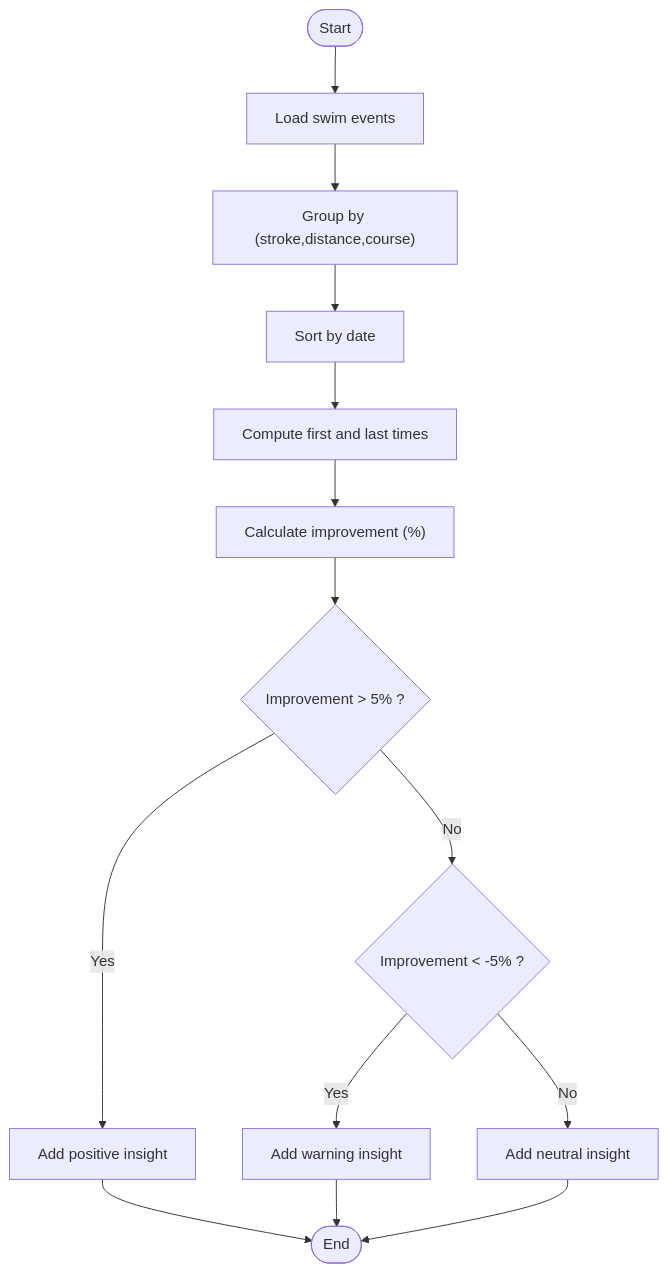
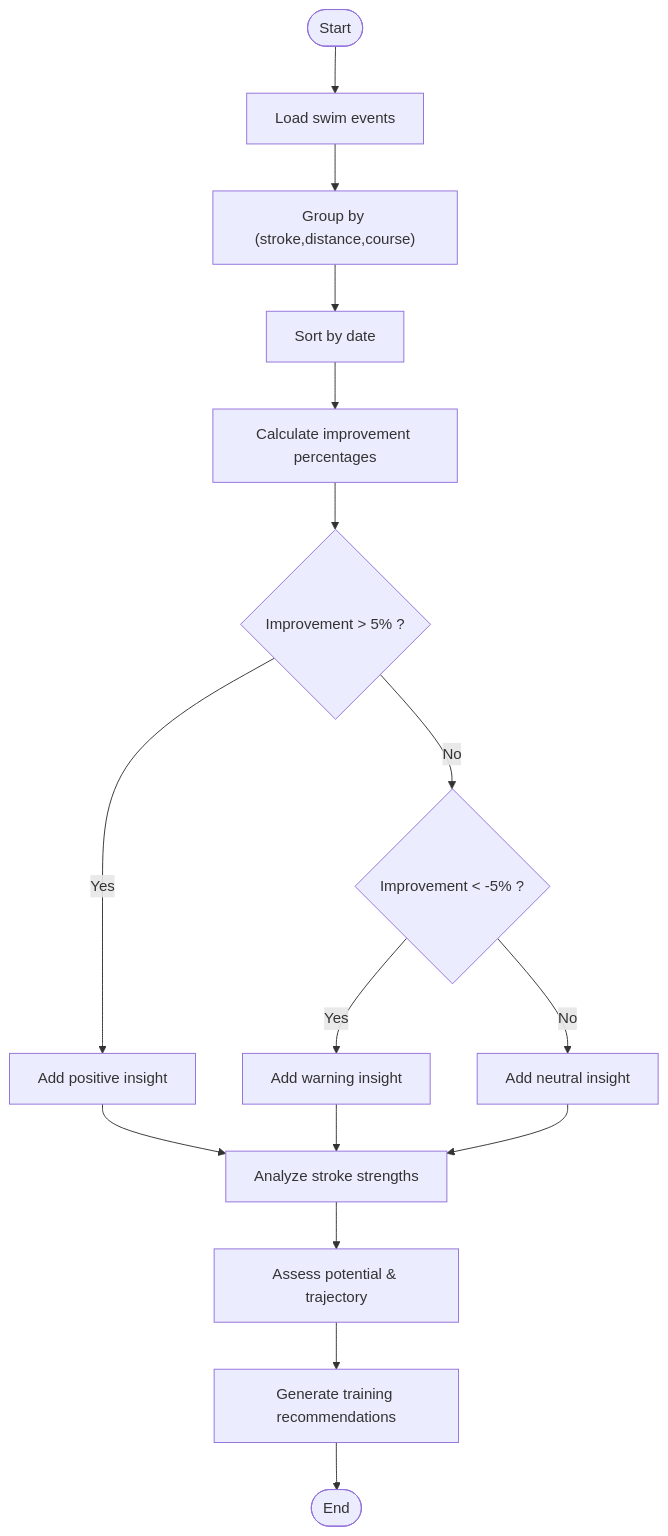
Before and after one commit to Johnny22056/SwimingStatus: the fourth of 6 diagrams in .qoder/repowiki/en/content/Feature Modules/Analytics Engine.md, drawn with Mermaid. The commit also changed other lines of this file and 8 other files, not shown here.

````diff
--- a/.qoder/repowiki/en/content/Feature Modules/Analytics Engine.md
+++ b/.qoder/repowiki/en/content/Feature Modules/Analytics Engine.md
@@ -205,16 +207,18 @@
 ```mermaid
 flowchart TD
 Start([Start]) --> LoadEvents["Load swim events"]
 LoadEvents --> GroupEvents["Group by (stroke,distance,course)"]
 GroupEvents --> SortDates["Sort by date"]
-SortDates --> ComputeFirstLast["Compute first and last times"]
-ComputeFirstLast --> CalcImprovement["Calculate improvement (%)"]
+SortDates --> CalcImprovement["Calculate improvement percentages"]
 CalcImprovement --> Classify{"Improvement > 5% ?"}
 Classify --> |Yes| Positive["Add positive insight"]
 Classify --> |No| DeclineCheck{"Improvement < -5% ?"}
 DeclineCheck --> |Yes| Warning["Add warning insight"]
 DeclineCheck --> |No| Neutral["Add neutral insight"]
-Positive --> End([End])
-Warning --> End
-Neutral --> End
+Positive --> Strengths["Analyze stroke strengths"]
+Warning --> Strengths
+Neutral --> Strengths
+Strengths --> Potential["Assess potential & trajectory"]
+Potential --> Recommendations["Generate training recommendations"]
+Recommendations --> End([End])
 ```
````
